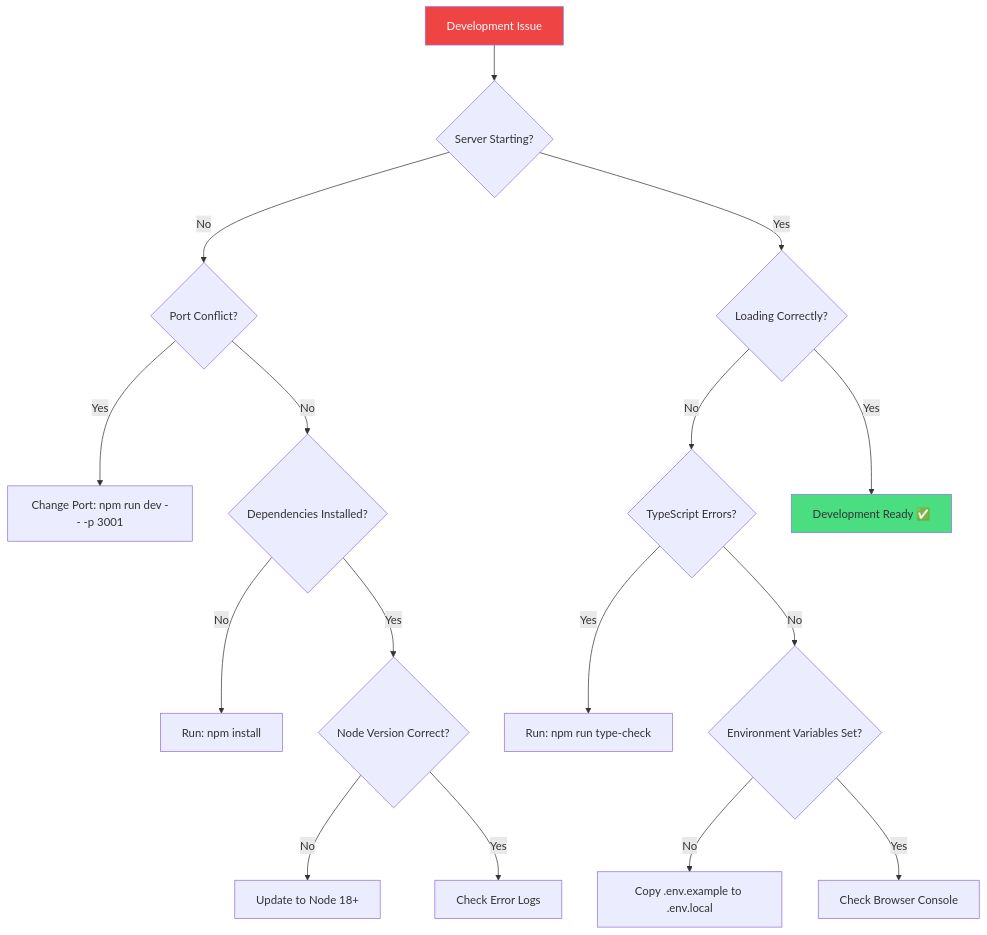
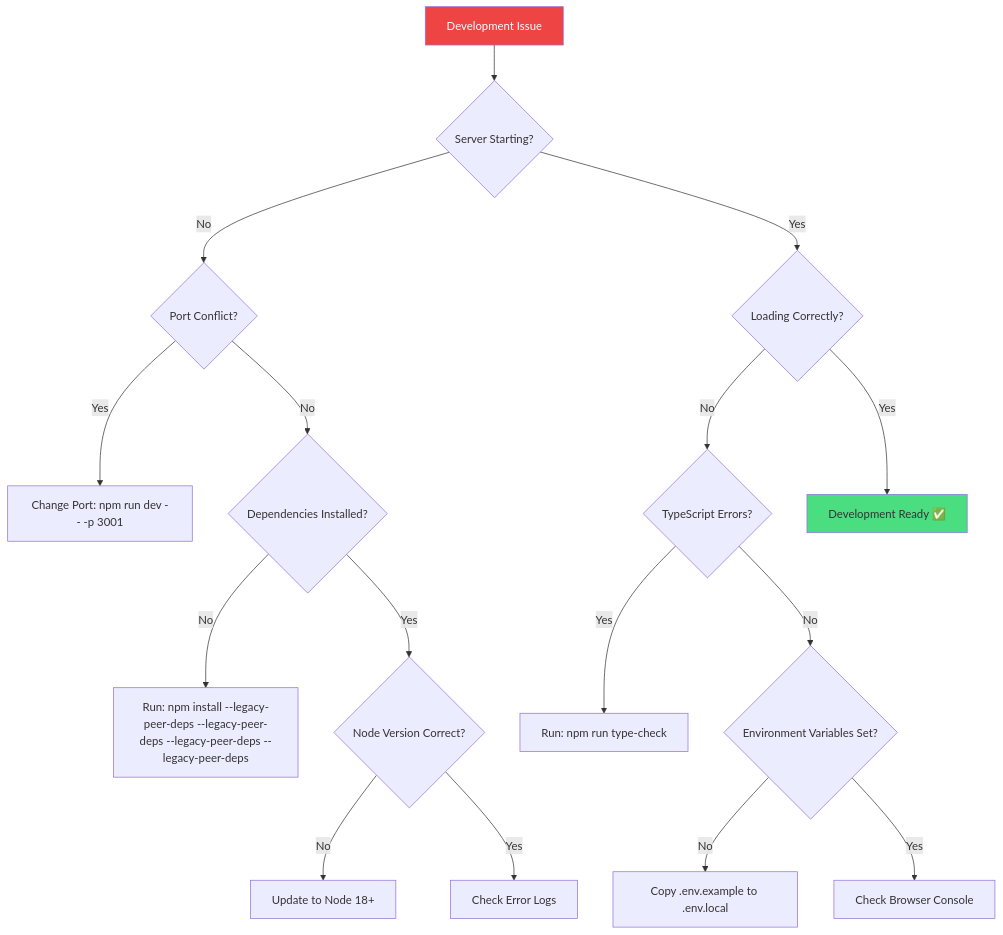
One commit to Justify-social/my-project changed the first of 2 diagrams in docs/troubleshooting/README.md. Above: the diagram before and after it, drawn with Mermaid. The commit also changed other lines of this file and 88 other files, not shown here.

````diff
--- a/docs/troubleshooting/README.md
+++ b/docs/troubleshooting/README.md
@@ -41,27 +41,27 @@
 ```mermaid
 flowchart TD
     A[Development Issue] --> B{Server Starting?}
     B -->|No| C{Port Conflict?}
     B -->|Yes| D{Loading Correctly?}
 
     C -->|Yes| E[Change Port: npm run dev -- -p 3001]
     C -->|No| F{Dependencies Installed?}
 
-    F -->|No| G[Run: npm install]
+    F -->|No| G[Run: npm install --legacy-peer-deps --legacy-peer-deps --legacy-peer-deps --legacy-peer-deps]
     F -->|Yes| H{Node Version Correct?}
 
     H -->|No| I[Update to Node 18+]
     H -->|Yes| J[Check Error Logs]
 
     D -->|No| K{TypeScript Errors?}
     D -->|Yes| L[Development Ready ✅]
 
     K -->|Yes| M[Run: npm run type-check]
     K -->|No| N{Environment Variables Set?}
 
     N -->|No| O[Copy .env.example to .env.local]
     N -->|Yes| P[Check Browser Console]
 
     style L fill:#4ade80
     style A fill:#ef4444,color:#fff
 ```
````
